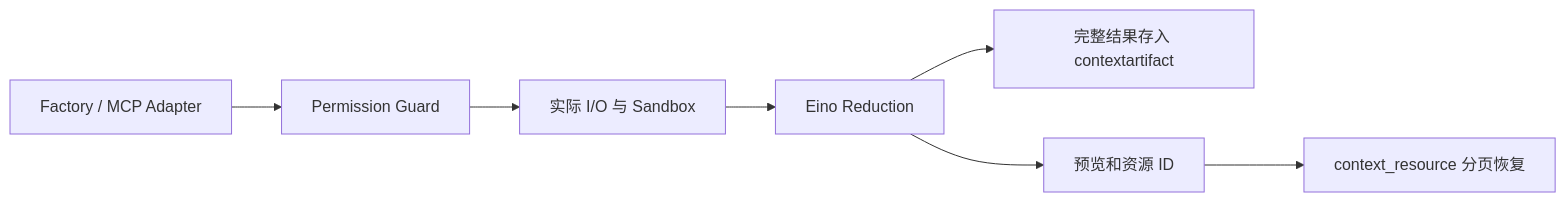
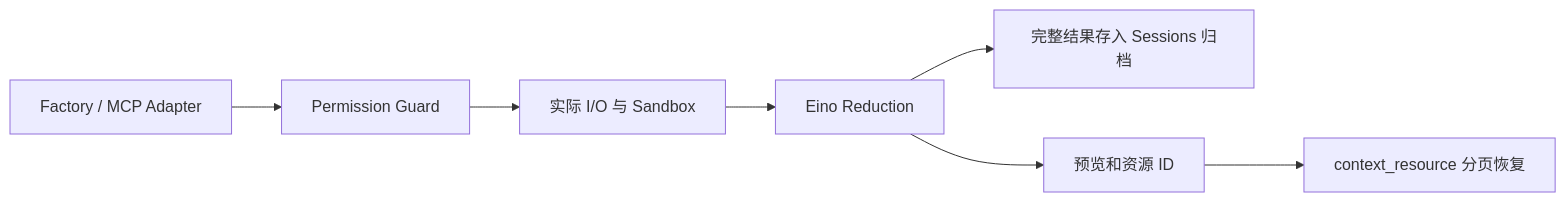
One commit to sda1-hacker/humbert-agent changed the diagram in internal/tools/README.md. Above: the diagram before and after it, drawn with Mermaid. The commit also changed other lines of this file and 54 other files, not shown here.

````diff
--- a/internal/tools/README.md
+++ b/internal/tools/README.md
@@ -7,9 +7,9 @@
 ```mermaid
 flowchart LR
   F[Factory / MCP Adapter] --> G[Permission Guard]
   G --> I[实际 I/O 与 Sandbox]
   I --> R[Eino Reduction]
-  R --> A[完整结果存入 contextartifact]
+  R --> A[完整结果存入 Sessions 归档]
   R --> P[预览和资源 ID]
   P --> C[context_resource 分页恢复]
 ```
````
